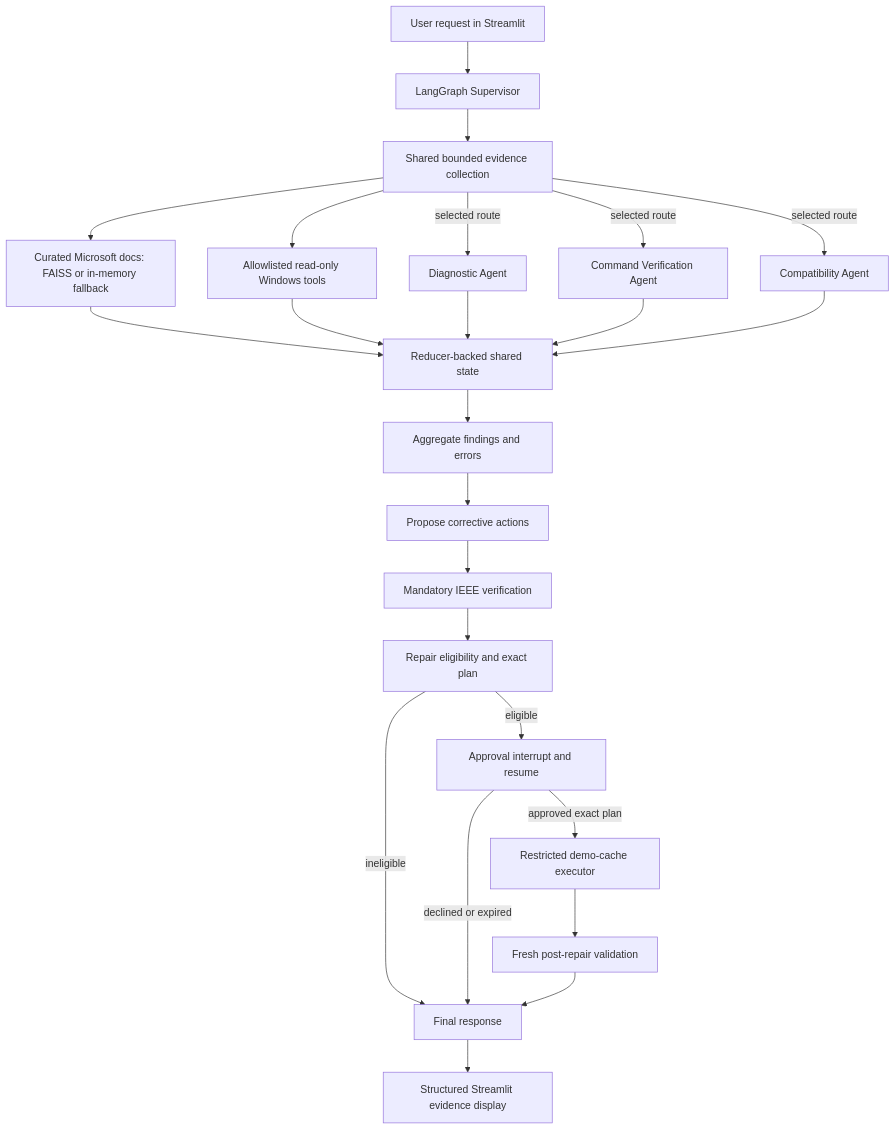
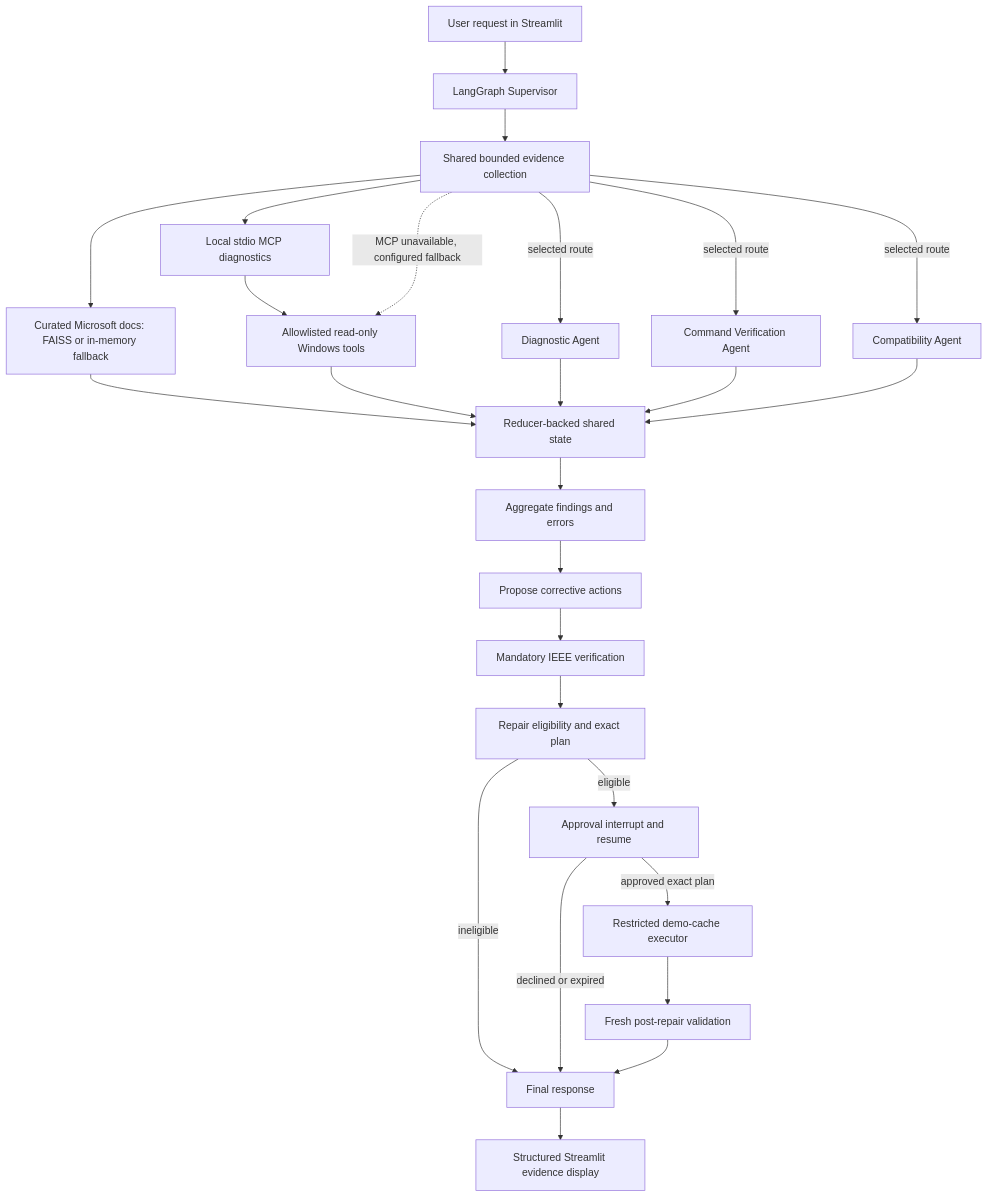
The diagram in docs/ARCHITECTURE.md (Vageesh686/osguard-ai), drawn with Mermaid before and after one commit. The commit also changed other lines of this file and 24 other files, not shown here.

````diff
--- a/docs/ARCHITECTURE.md
+++ b/docs/ARCHITECTURE.md
@@ -12,26 +12,28 @@
 ```mermaid
 flowchart TD
     U[User request in Streamlit] --> S[LangGraph Supervisor]
     S --> E[Shared bounded evidence collection]
     E --> R[Curated Microsoft docs: FAISS or in-memory fallback]
-    E --> T[Allowlisted read-only Windows tools]
+    E --> M[Local stdio MCP diagnostics]
+    M --> T[Allowlisted read-only Windows tools]
+    E -.->|MCP unavailable, configured fallback| T
     R --> X[Reducer-backed shared state]
     T --> X
     E -->|selected route| D[Diagnostic Agent]
     E -->|selected route| C[Command Verification Agent]
     E -->|selected route| K[Compatibility Agent]
     D --> X
     C --> X
     K --> X
     X --> A[Aggregate findings and errors]
     A --> P[Propose corrective actions]
     P --> I[Mandatory IEEE verification]
     I --> P5[Repair eligibility and exact plan]
     P5 -->|ineligible| F[Final response]
     P5 -->|eligible| AP[Approval interrupt and resume]
     AP -->|declined or expired| F
     AP -->|approved exact plan| EX[Restricted demo-cache executor]
     EX --> V[Fresh post-repair validation]
     V --> F
     F --> UI[Structured Streamlit evidence display]
 ```
````
